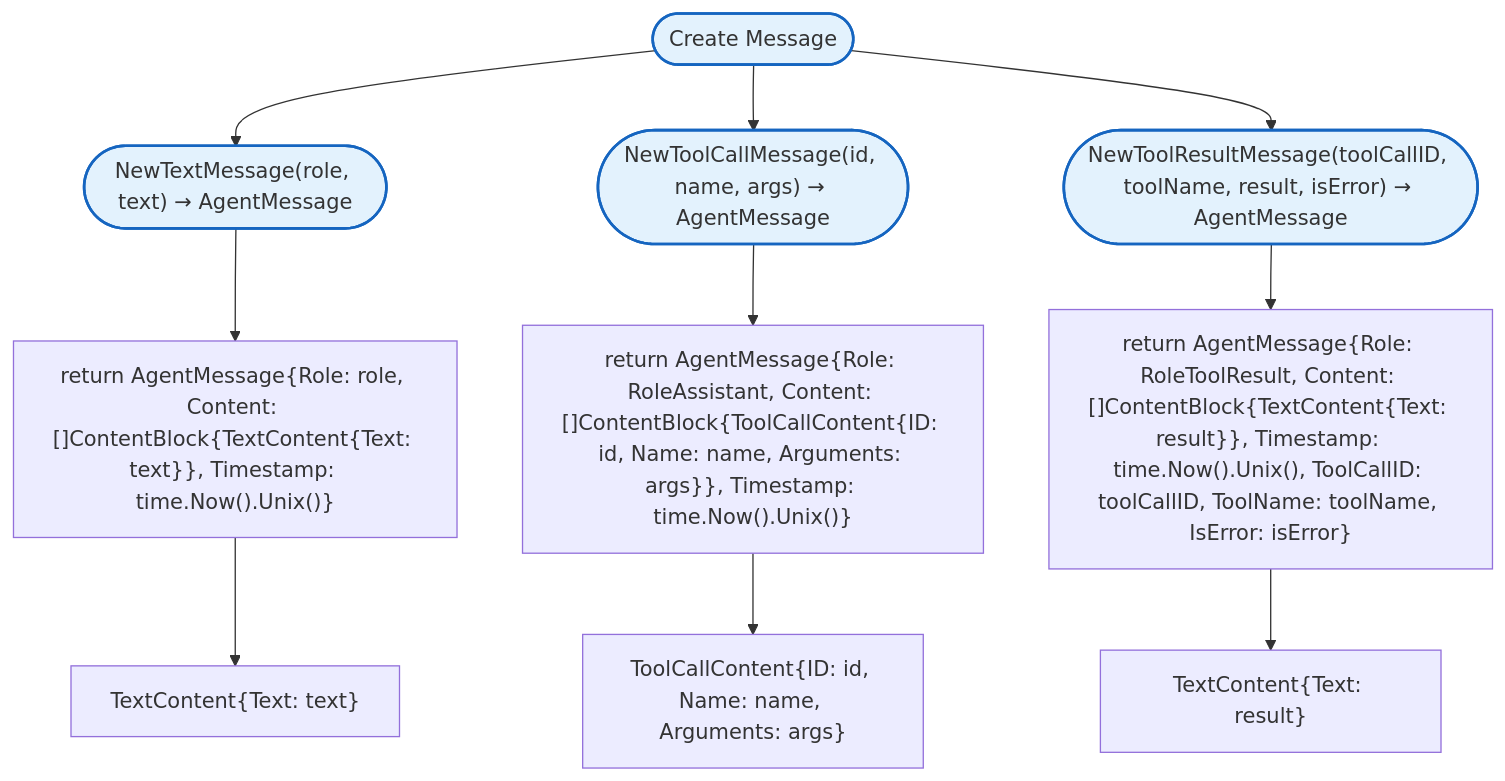
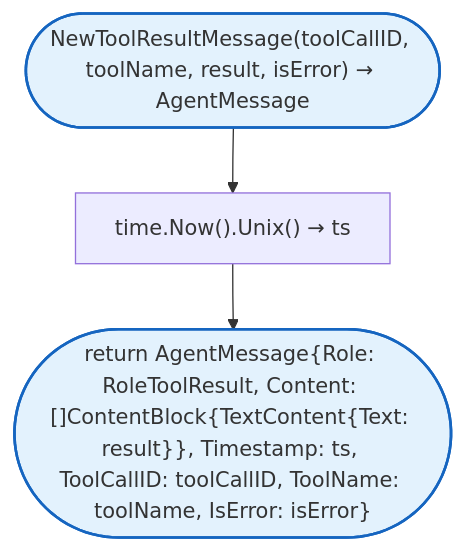
One commit to radch-ai/ava changed the third of 4 diagrams in docs/internal/agent/types.md. Above: the diagram before and after it, drawn with Mermaid. The commit also changed other lines of this file and 23 other files, not shown here.

First line of the commit message:
docs: replace Functions sections with separate flowcharts for each function

````diff
--- a/docs/internal/agent/types.md
+++ b/docs/internal/agent/types.md
@@ -7,18 +31,9 @@
 ```mermaid
 flowchart TB
-    Start(["Create Message"]) --> NewText(["NewTextMessage(role, text) → AgentMessage"])
-    Start --> NewToolCall(["NewToolCallMessage(id, name, args) → AgentMessage"])
-    Start --> NewResult(["NewToolResultMessage(toolCallID, toolName, result, isError) → AgentMessage"])
-
-    NewText --> ReturnText["return AgentMessage{Role: role, Content: []ContentBlock{TextContent{Text: text}}, Timestamp: time.Now().Unix()}"]
-    NewToolCall --> ReturnCall["return AgentMessage{Role: RoleAssistant, Content: []ContentBlock{ToolCallContent{ID: id, Name: name, Arguments: args}}, Timestamp: time.Now().Unix()}"]
-    NewResult --> ReturnResult["return AgentMessage{Role: RoleToolResult, Content: []ContentBlock{TextContent{Text: result}}, Timestamp: time.Now().Unix(), ToolCallID: toolCallID, ToolName: toolName, IsError: isError}"]
-
-    ReturnText --> TextStruct["TextContent{Text: text}"]
-    ReturnCall --> CallStruct["ToolCallContent{ID: id, Name: name, Arguments: args}"]
-    ReturnResult --> ResultStruct["TextContent{Text: result}"]
+    Start(["NewToolResultMessage(toolCallID, toolName, result, isError) → AgentMessage"]) --> GetTime["time.Now().Unix() → ts"]
+    GetTime --> Return(["return AgentMessage{Role: RoleToolResult, Content: []ContentBlock{TextContent{Text: result}}, Timestamp: ts, ToolCallID: toolCallID, ToolName: toolName, IsError: isError}"])
 
     classDef mainFn fill:#e3f2fd,stroke:#1565c0,stroke-width:2px
 
-    class Start,NewText,NewToolCall,NewResult mainFn
+    class Start,Return mainFn
 ```
````
